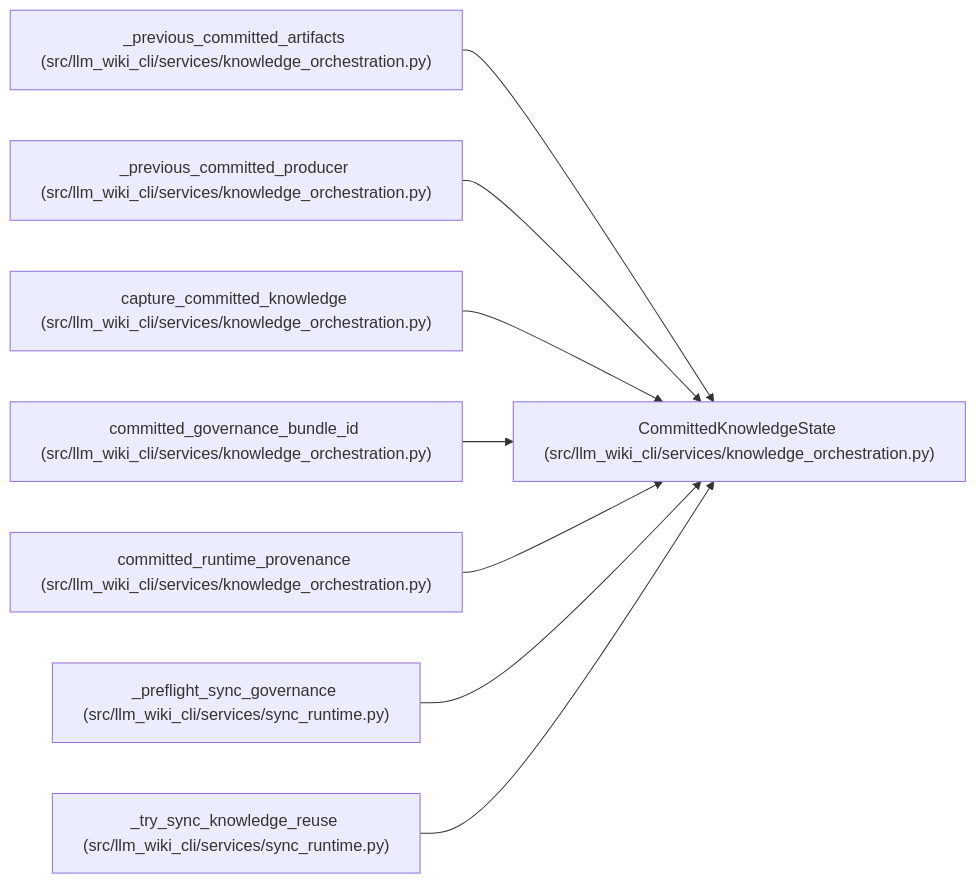
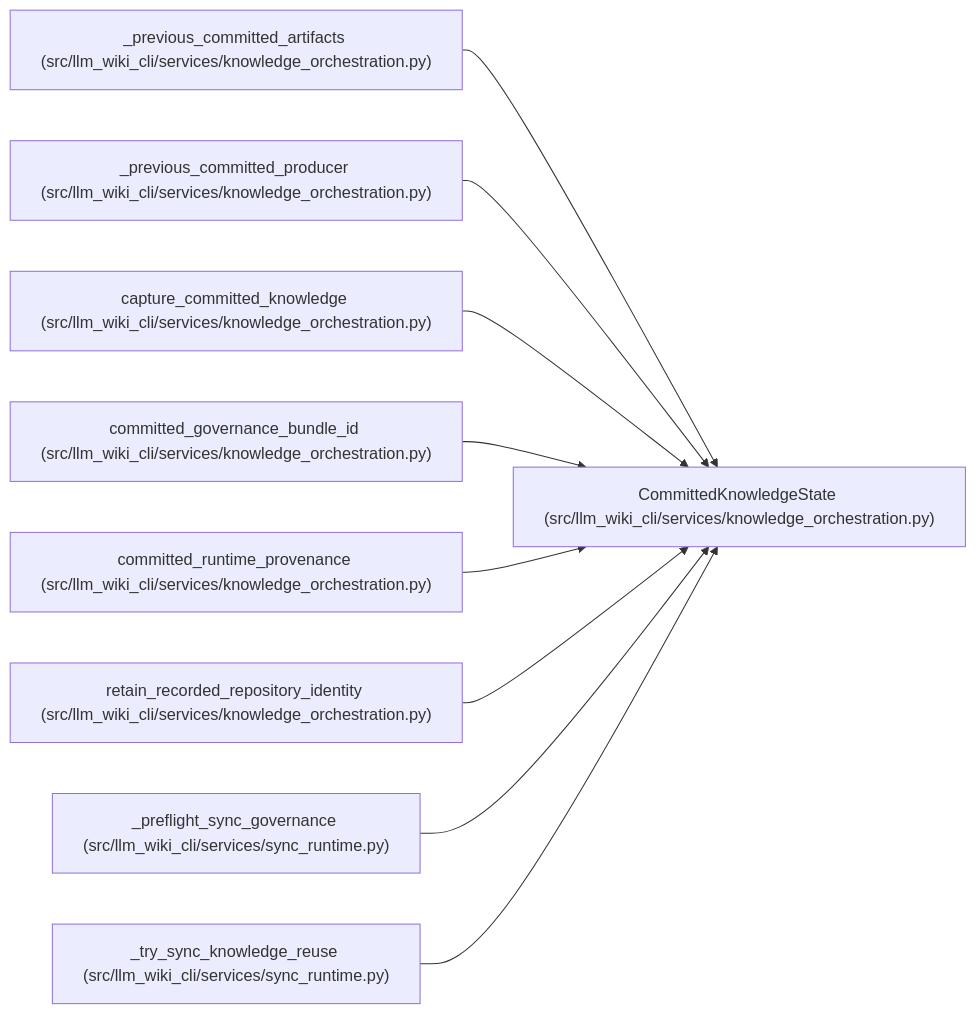
One commit to Denissvgn/python-wiki-llm changed the diagram in docs/llm_wiki/entities/CommittedKnowledgeState.md. Above: the diagram before and after it, drawn with Mermaid. The commit also changed other lines of this file and 500 other files, not shown here.

Commit message:
docs: refresh the repository wiki for the checkout independent state fix

````diff
--- a/docs/llm_wiki/entities/CommittedKnowledgeState.md
+++ b/docs/llm_wiki/entities/CommittedKnowledgeState.md
@@ -33,26 +33,29 @@
 ```mermaid
 flowchart LR
     n0["CommittedKnowledgeState (src/llm_wiki_cli/services/knowledge_orchestration.py)"]
     n1["_previous_committed_artifacts (src/llm_wiki_cli/services/knowledge_orchestration.py)"]
     n2["_previous_committed_producer (src/llm_wiki_cli/services/knowledge_orchestration.py)"]
     n3["capture_committed_knowledge (src/llm_wiki_cli/services/knowledge_orchestration.py)"]
     n4["committed_governance_bundle_id (src/llm_wiki_cli/services/knowledge_orchestration.py)"]
     n5["committed_runtime_provenance (src/llm_wiki_cli/services/knowledge_orchestration.py)"]
-    n6["_preflight_sync_governance (src/llm_wiki_cli/services/sync_runtime.py)"]
-    n7["_try_sync_knowledge_reuse (src/llm_wiki_cli/services/sync_runtime.py)"]
+    n6["retain_recorded_repository_identity (src/llm_wiki_cli/services/knowledge_orchestration.py)"]
+    n7["_preflight_sync_governance (src/llm_wiki_cli/services/sync_runtime.py)"]
+    n8["_try_sync_knowledge_reuse (src/llm_wiki_cli/services/sync_runtime.py)"]
     n1 --> n0
     n2 --> n0
     n3 --> n0
     n4 --> n0
     n5 --> n0
     n6 --> n0
     n7 --> n0
+    n8 --> n0
     click n0 "../modules/knowledge_orchestration.md"
     click n1 "../modules/knowledge_orchestration.md"
     click n2 "../modules/knowledge_orchestration.md"
     click n3 "../modules/knowledge_orchestration.md"
     click n4 "../modules/knowledge_orchestration.md"
     click n5 "../modules/knowledge_orchestration.md"
-    click n6 "../modules/sync_runtime.md"
+    click n6 "../modules/knowledge_orchestration.md"
     click n7 "../modules/sync_runtime.md"
+    click n8 "../modules/sync_runtime.md"
 ```
````
